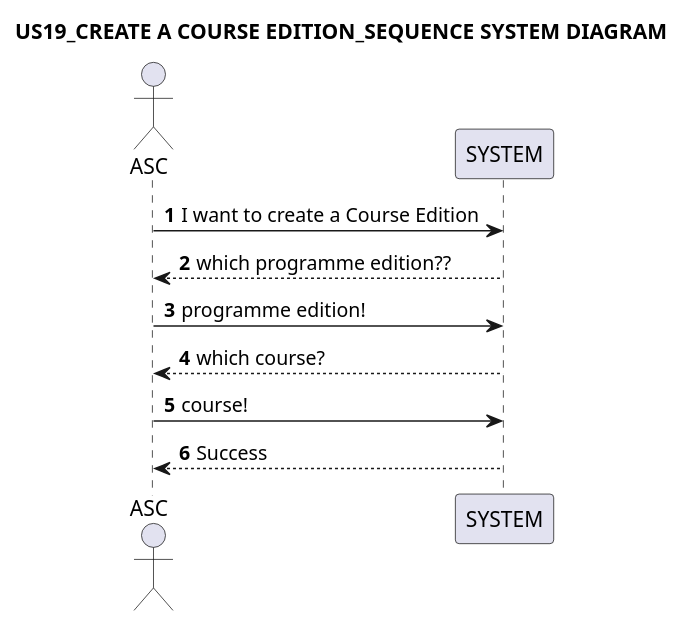
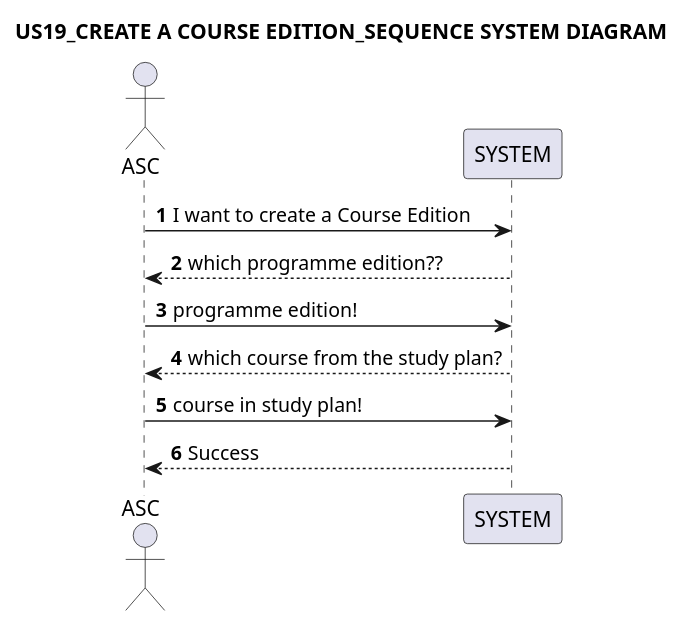
Before and after one commit to GasparISEP/DevOps-PAI: the diagram in docs/US19/US19_CreateCourseEdition_SSD.puml, drawn with PlantUML.

Commit message:
doc(SSD): update us19 ssd with domain changes (refs #61)

```diff
--- a/docs/US19/US19_CreateCourseEdition_SSD.puml
+++ b/docs/US19/US19_CreateCourseEdition_SSD.puml
@@ -1,15 +1,15 @@
 @startuml
 title: US19_CREATE A COURSE EDITION_SEQUENCE SYSTEM DIAGRAM
 autonumber
 
 actor ASC
 participant SYSTEM
 ASC -> SYSTEM:  I want to create a Course Edition
 SYSTEM --> ASC -- : which programme edition??
 ASC -> SYSTEM: programme edition!
-SYSTEM --> ASC -- : which course?
-ASC -> SYSTEM: course!
+SYSTEM --> ASC -- : which course from the study plan?
+ASC -> SYSTEM: course in study plan!
 SYSTEM --> ASC --: Success
 
 
 @enduml
```
